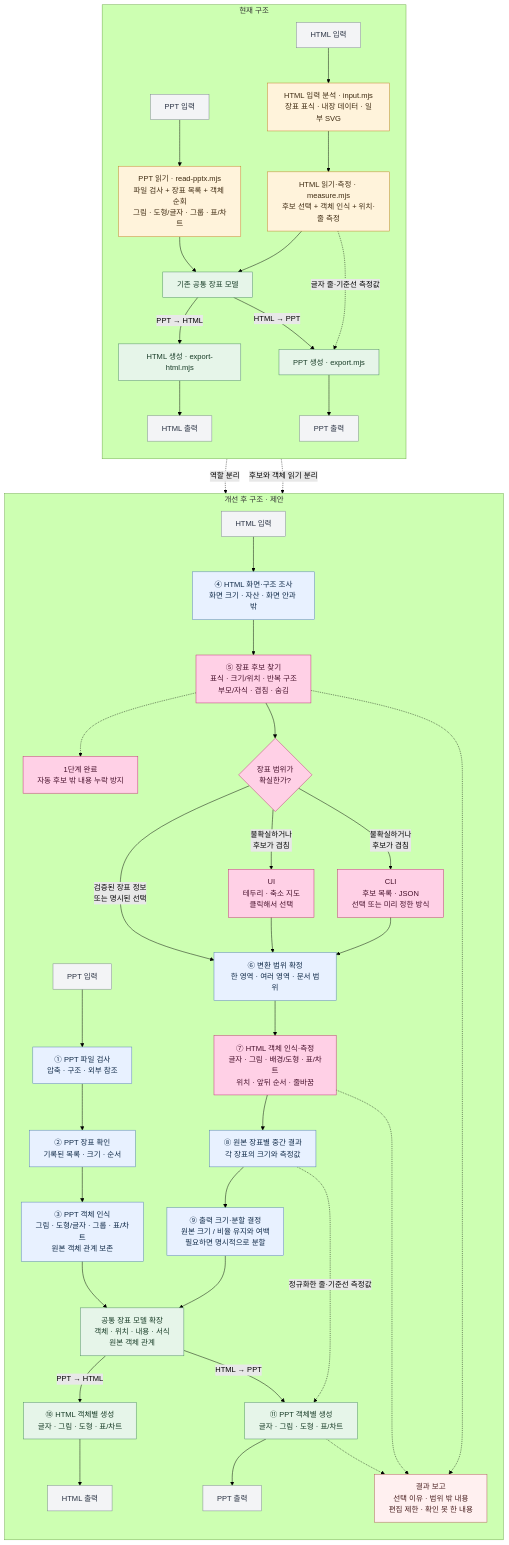
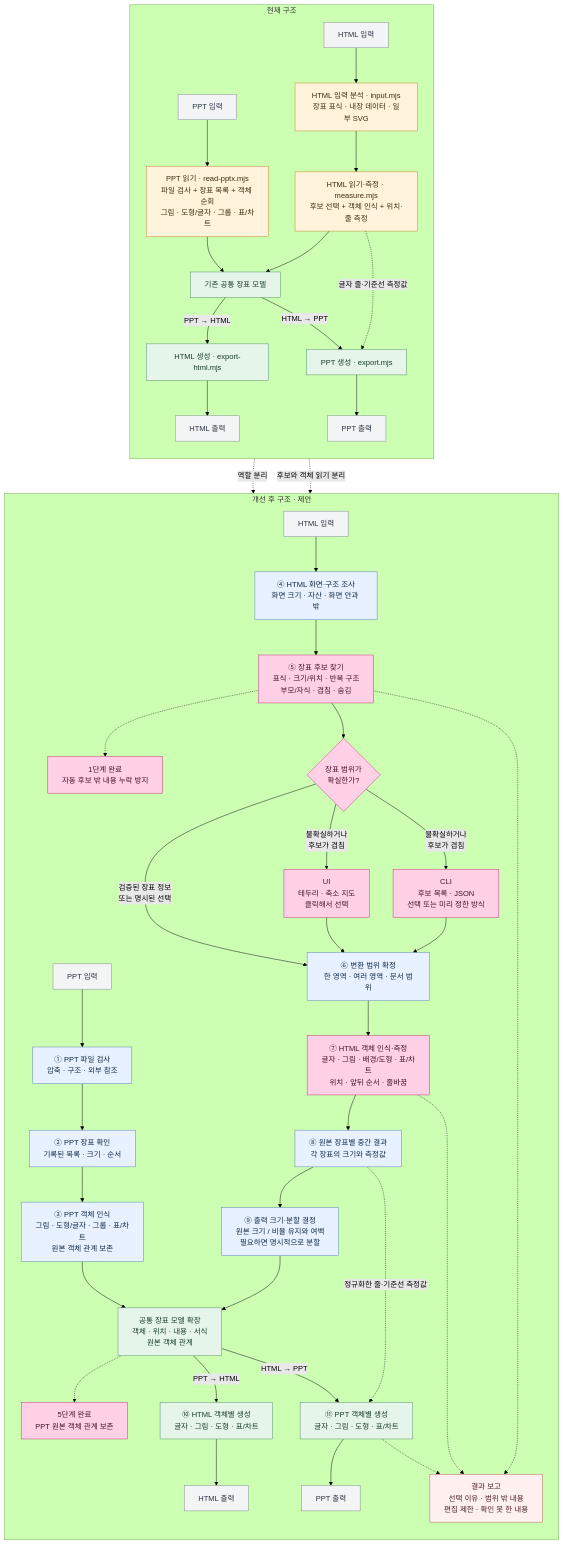
One commit to Kyuhan1230/ppt-again changed the diagram in docs/architecture/refactor-progress.md. Above: the diagram before and after it, drawn with Mermaid (forest theme). The commit also changed other lines of this file and 8 other files, not shown here.

````diff
--- a/docs/architecture/refactor-progress.md
+++ b/docs/architecture/refactor-progress.md
@@ -5,61 +5,62 @@
 ```mermaid
 flowchart TB
   subgraph CURRENT["현재 구조"]
     direction TB
     CP["PPT 입력"] --> CPR["PPT 읽기 · read-pptx.mjs<br/>파일 검사 + 장표 목록 + 객체 순회<br/>그림 · 도형/글자 · 그룹 · 표/차트"]
     CH["HTML 입력"] --> CHI["HTML 입력 분석 · input.mjs<br/>장표 표식 · 내장 데이터 · 일부 SVG"]
     CHI --> CHM["HTML 읽기·측정 · measure.mjs<br/>후보 선택 + 객체 인식 + 위치·줄 측정"]
     CPR --> CM["기존 공통 장표 모델"]
     CHM --> CM
     CM -->|"PPT → HTML"| CHW["HTML 생성 · export-html.mjs"]
     CHW --> CHO["HTML 출력"]
     CM -->|"HTML → PPT"| CPW["PPT 생성 · export.mjs"]
     CHM -.->|"글자 줄·기준선 측정값"| CPW
     CPW --> CPO["PPT 출력"]
   end
 
   subgraph PROPOSED["개선 후 구조 · 제안"]
     direction TB
     NP["PPT 입력"] --> NPC["① PPT 파일 검사<br/>압축 · 구조 · 외부 참조"]
     NPC --> NPS["② PPT 장표 확인<br/>기록된 목록 · 크기 · 순서"]
     NPS --> NPO["③ PPT 객체 인식<br/>그림 · 도형/글자 · 그룹 · 표/차트<br/>원본 객체 관계 보존"]
     NH["HTML 입력"] --> NHR["④ HTML 화면·구조 조사<br/>화면 크기 · 자산 · 화면 안과 밖"]
     NHR --> NHC["⑤ 장표 후보 찾기<br/>표식 · 크기/위치 · 반복 구조<br/>부모/자식 · 겹침 · 숨김"]
     NHC -.-> ST1["1단계 완료<br/>자동 후보 밖 내용 누락 방지"]
     NHC --> ND{"장표 범위가<br/>확실한가?"}
     ND -->|"검증된 장표 정보<br/>또는 명시된 선택"| NS["⑥ 변환 범위 확정<br/>한 영역 · 여러 영역 · 문서 범위"]
     ND -->|"불확실하거나<br/>후보가 겹침"| NUI["UI<br/>테두리 · 축소 지도<br/>클릭해서 선택"]
     ND -->|"불확실하거나<br/>후보가 겹침"| NCLI["CLI<br/>후보 목록 · JSON<br/>선택 또는 미리 정한 방식"]
     NUI --> NS
     NCLI --> NS
     NS --> NHO["⑦ HTML 객체 인식·측정<br/>글자 · 그림 · 배경/도형 · 표/차트<br/>위치 · 앞뒤 순서 · 줄바꿈"]
     NHO --> NI["⑧ 원본 장표별 중간 결과<br/>각 장표의 크기와 측정값"]
     NI --> NFIT["⑨ 출력 크기·분할 결정<br/>원본 크기 / 비율 유지와 여백<br/>필요하면 명시적으로 분할"]
     NFIT --> NM["공통 장표 모델 확장<br/>객체 · 위치 · 내용 · 서식<br/>원본 객체 관계"]
     NPO --> NM
+    NM -.-> ST5["5단계 완료<br/>PPT 원본 객체 관계 보존"]
     NM -->|"PPT → HTML"| NHW["⑩ HTML 객체별 생성<br/>글자 · 그림 · 도형 · 표/차트"]
     NHW --> NHOOUT["HTML 출력"]
     NM -->|"HTML → PPT"| NPW["⑪ PPT 객체별 생성<br/>글자 · 그림 · 도형 · 표/차트"]
     NI -.->|"정규화한 줄·기준선 측정값"| NPW
     NPW --> NPOUT["PPT 출력"]
     NHC -.-> REPORT["결과 보고<br/>선택 이유 · 범위 밖 내용<br/>편집 제한 · 확인 못 한 내용"]
     NHO -.-> REPORT
     NPW -.-> REPORT
   end
 
   CPR -.->|"역할 분리"| NPC
   CHM -.->|"후보와 객체 읽기 분리"| NHR
   classDef input fill:#f3f4f6,stroke:#7d8790,color:#283142
   classDef current fill:#fff3db,stroke:#c18124,color:#3f2b12
   classDef proposed fill:#e8f1ff,stroke:#557fb3,color:#102a48
   classDef common fill:#e6f5e9,stroke:#4e8b66,color:#183c27
   classDef choice fill:#f4edff,stroke:#8767ad,color:#36254b
   classDef report fill:#fff0f0,stroke:#b35b5b,color:#4a2020
   classDef done fill:#ffd0e6,stroke:#c42e78,color:#46102b
   class CP,CH,CHO,CPO,NP,NH,NHOOUT,NPOUT input
   class CPR,CHI,CHM current
   class NPC,NPS,NPO,NHR,NS,NI,NFIT proposed
   class CM,CHW,CPW,NM,NHW,NPW common
   class REPORT report
-  class ST1,NHC,ND,NUI,NCLI,NHO done
+  class ST1,ST5,NHC,ND,NUI,NCLI,NHO done
 ```
````
